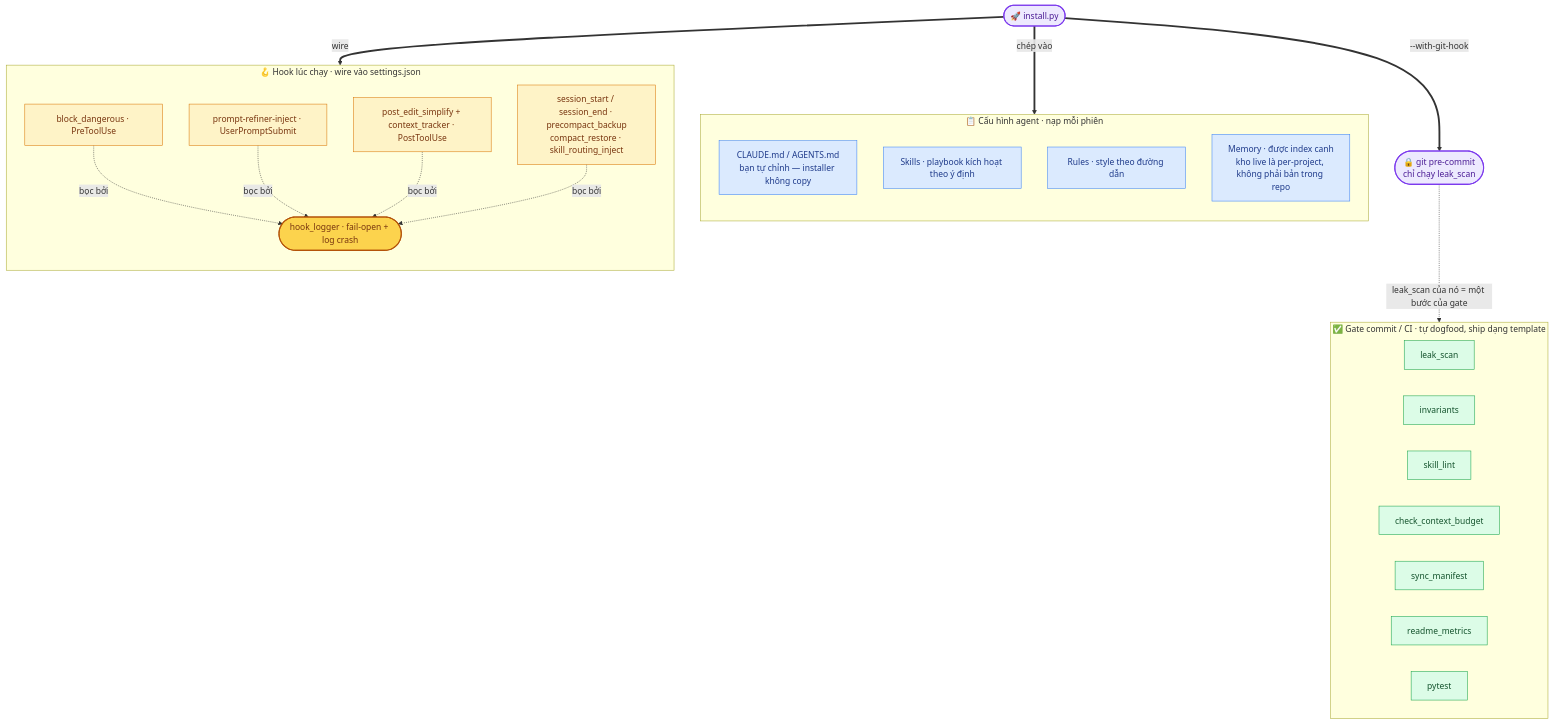
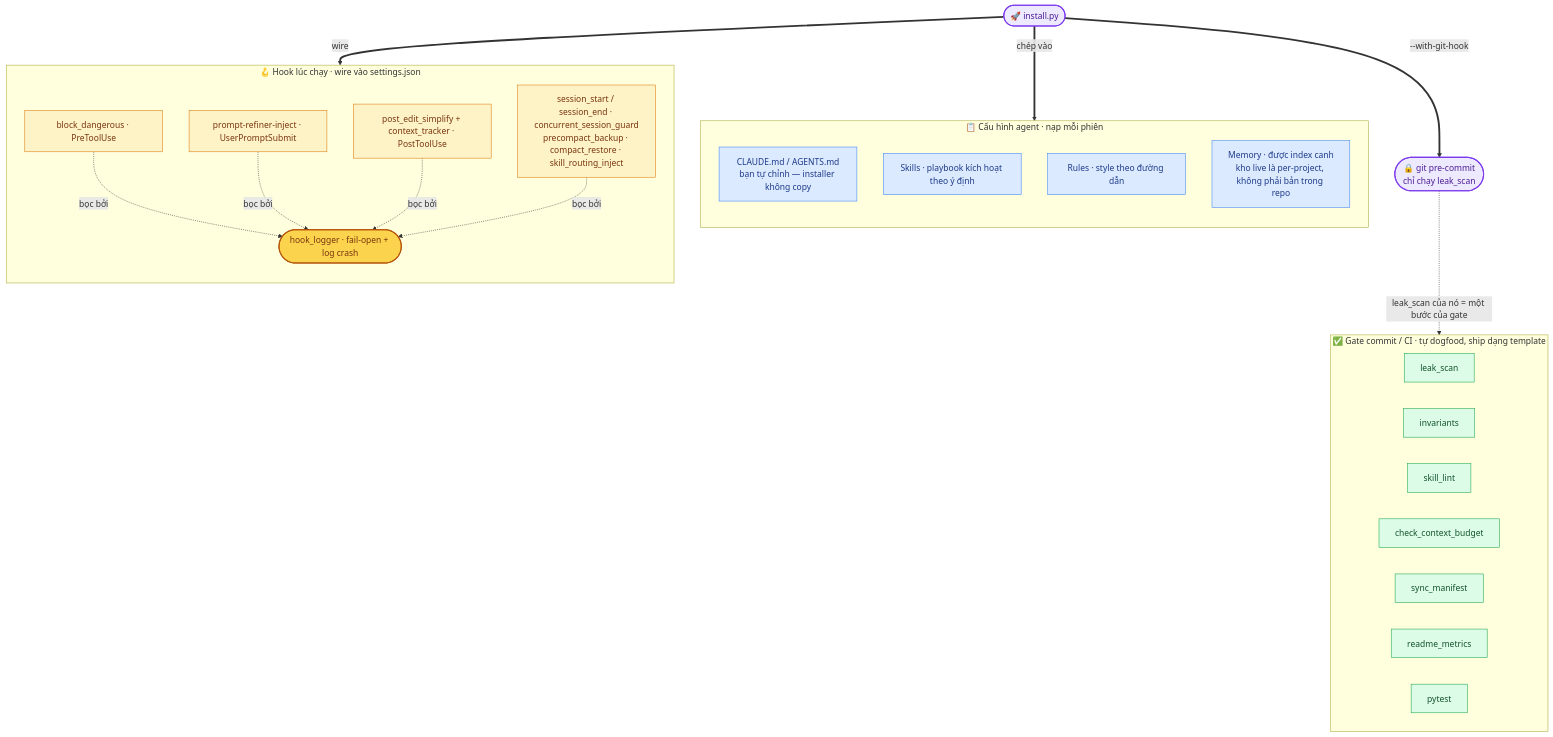
Before and after one commit to doivamong/agent-workbench: the diagram in docs/README.vi.md, drawn with Mermaid. The commit also changed other lines of this file and 8 other files, not shown here.

````diff
--- a/docs/README.vi.md
+++ b/docs/README.vi.md
@@ -131,45 +131,45 @@
 ```mermaid
 flowchart TB
     install(["🚀 install.py"]):::entry
 
     install ==>|chép vào| AG
     install ==>|wire| HK
     install ==>|"--with-git-hook"| GH(["🔒 git pre-commit<br/>chỉ chạy leak_scan"]):::entry
 
     subgraph AG["📋 Cấu hình agent · nạp mỗi phiên"]
         direction TB
         cfg["CLAUDE.md / AGENTS.md<br/>bạn tự chỉnh — installer không copy"]:::cfg
         skills["Skills · playbook kích hoạt theo ý định"]:::cfg
         rules["Rules · style theo đường dẫn"]:::cfg
         mem["Memory · được index canh<br/>kho live là per-project, không phải bản trong repo"]:::cfg
     end
 
     subgraph HK["🪝 Hook lúc chạy · wire vào settings.json"]
         direction TB
         block["block_dangerous · PreToolUse"]:::hook
         refine["prompt-refiner-inject · UserPromptSubmit"]:::hook
         edits["post_edit_simplify + context_tracker · PostToolUse"]:::hook
-        life["session_start / session_end · precompact_backup<br/>compact_restore · skill_routing_inject"]:::hook
+        life["session_start / session_end · concurrent_session_guard<br/>precompact_backup · compact_restore · skill_routing_inject"]:::hook
         wrap(["hook_logger · fail-open + log crash"]):::wrapn
         block & refine & edits & life -.->|bọc bởi| wrap
     end
 
     subgraph GT["✅ Gate commit / CI · tự dogfood, ship dạng template"]
         direction LR
         leak["leak_scan"]:::chk
         inv["invariants"]:::chk
         slint["skill_lint"]:::chk
         ctxb["check_context_budget"]:::chk
         man["sync_manifest"]:::chk
         metr["readme_metrics"]:::chk
         tests["pytest"]:::chk
     end
 
     GH -.->|"leak_scan của nó = một bước của gate"| leak
 
     classDef entry fill:#ede9fe,stroke:#7c3aed,stroke-width:2px,color:#4c1d95
     classDef cfg fill:#dbeafe,stroke:#3b82f6,color:#1e3a8a
     classDef hook fill:#fef3c7,stroke:#d97706,color:#78350f
     classDef wrapn fill:#fcd34d,stroke:#b45309,stroke-width:2px,color:#78350f
     classDef chk fill:#dcfce7,stroke:#16a34a,color:#14532d
 ```
````
